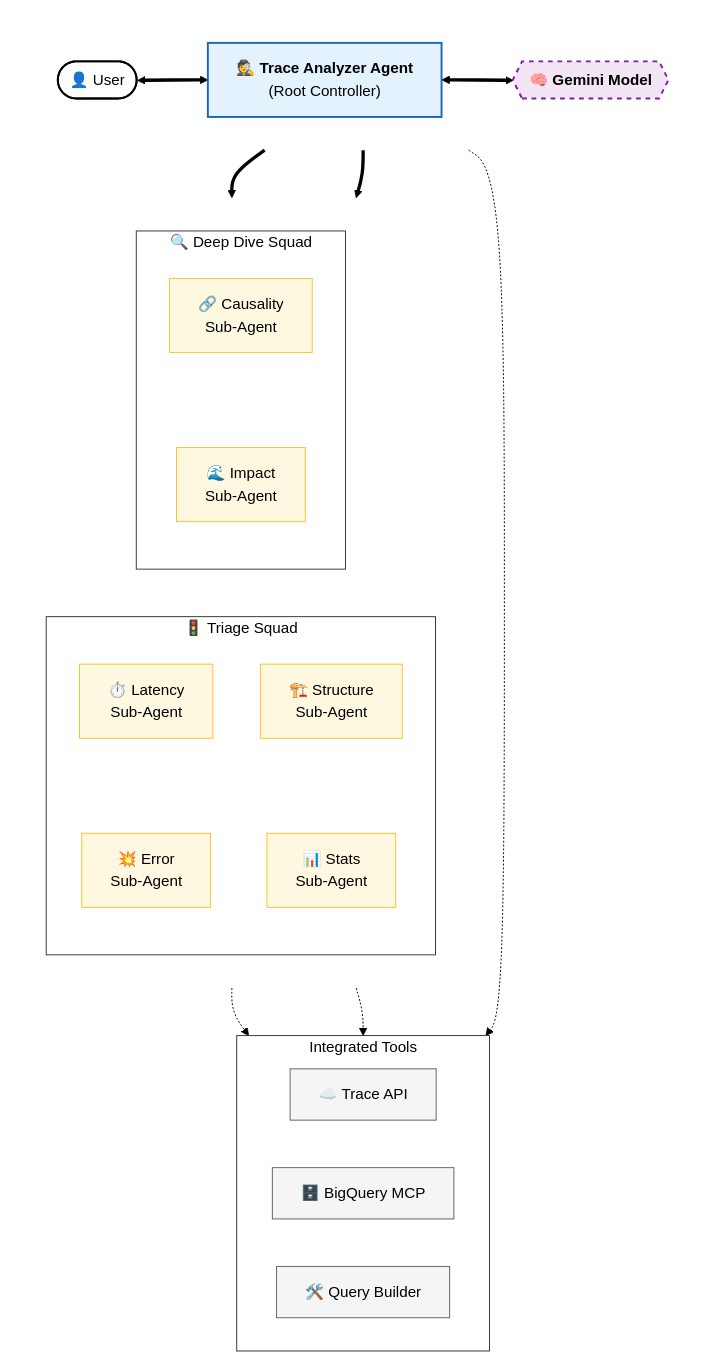
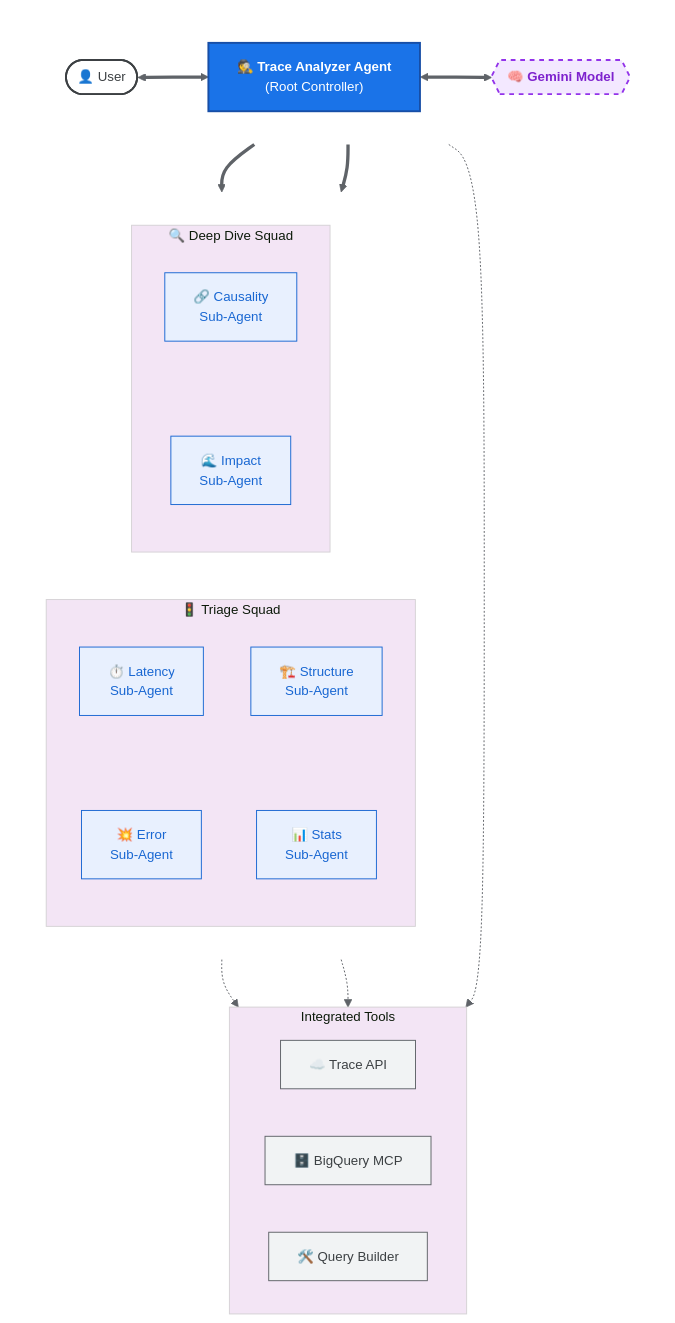
Before and after one commit to srtux/sre-agent: the first of 2 diagrams in README.md, drawn with Mermaid. The commit also changed other lines of this file, not shown here.

Commit message:
improve theme

```diff
--- a/README.md
+++ b/README.md
@@ -26,24 +26,18 @@
 %%{init: {
   'theme': 'base',
   'themeVariables': {
-    'darkMode': false,
-    'background': '#ffffff',
-    'mainBkg': '#ffffff',
-    'fontFamily': 'arial',
-    'fontSize': '16px',
-    'lineColor': '#000000',
-    'textColor': '#000000',
-    'primaryTextColor': '#000000',
-    'nodeTextColor': '#000000',
-    'clusterBkg': '#ffffff',
-    'clusterBorder': '#333333',
-    'titleColor': '#000000',
-    'edgeLabelBackground': '#ffffff'
+    'primaryColor': '#E8F0FE',
+    'primaryTextColor': '#1967D2',
+    'primaryBorderColor': '#1967D2',
+    'lineColor': '#5F6368',
+    'secondaryColor': '#F1F3F4',
+    'tertiaryColor': '#F3E5F5',
+    'fontFamily': 'inherit',
+    'fontSize': '14px'
   }
 }}%%
 flowchart TB
     %% --- TOP ROW: USER -> AGENT -> GEMINI ---
-    %% We define these in a dedicated horizontal subgraph to ensure the Agent is central
     subgraph ControlRow [ ]
         direction LR
         User([👤 User])
@@ -87,8 +81,7 @@
         TQB["🛠️ Query Builder"]
     end
 
-    %% --- CONNECTIONS (Explicitly from the Agent node) ---
-    %% Connecting to the subgraph names directly ensures the arrows point to the headers
+    %% --- CONNECTIONS ---
     Agent ==> Triage
     Agent ==> DeepDive
 
@@ -101,11 +94,11 @@
     style ControlRow fill:none,stroke:none
     style Squads fill:none,stroke:none
     
-    classDef userNode fill:#ffffff,stroke:#000000,stroke-width:2px;
-    classDef agentNode fill:#e3f2fd,stroke:#1565c0,stroke-width:2px;
-    classDef brainNode fill:#f3e5f5,stroke:#7b1fa2,stroke-width:2px,stroke-dasharray: 5 5;
-    classDef squadNode fill:#fff8e1,stroke:#fbc02d,stroke-width:1px;
-    classDef toolNode fill:#f5f5f5,stroke:#616161,stroke-width:1px;
+    classDef userNode fill:#FFFFFF,stroke:#3C4043,stroke-width:2px,color:#3C4043;
+    classDef agentNode fill:#1A73E8,stroke:#174EA6,stroke-width:2px,color:#FFFFFF;
+    classDef brainNode fill:#F3E8FF,stroke:#9333EA,stroke-width:2px,stroke-dasharray: 5 5,color:#7E22CE;
+    classDef squadNode fill:#E8F0FE,stroke:#1967D2,stroke-width:1px,color:#1967D2;
+    classDef toolNode fill:#F1F3F4,stroke:#5F6368,stroke-width:1px,color:#3C4043;
 
     class User userNode;
     class Agent agentNode;
```
